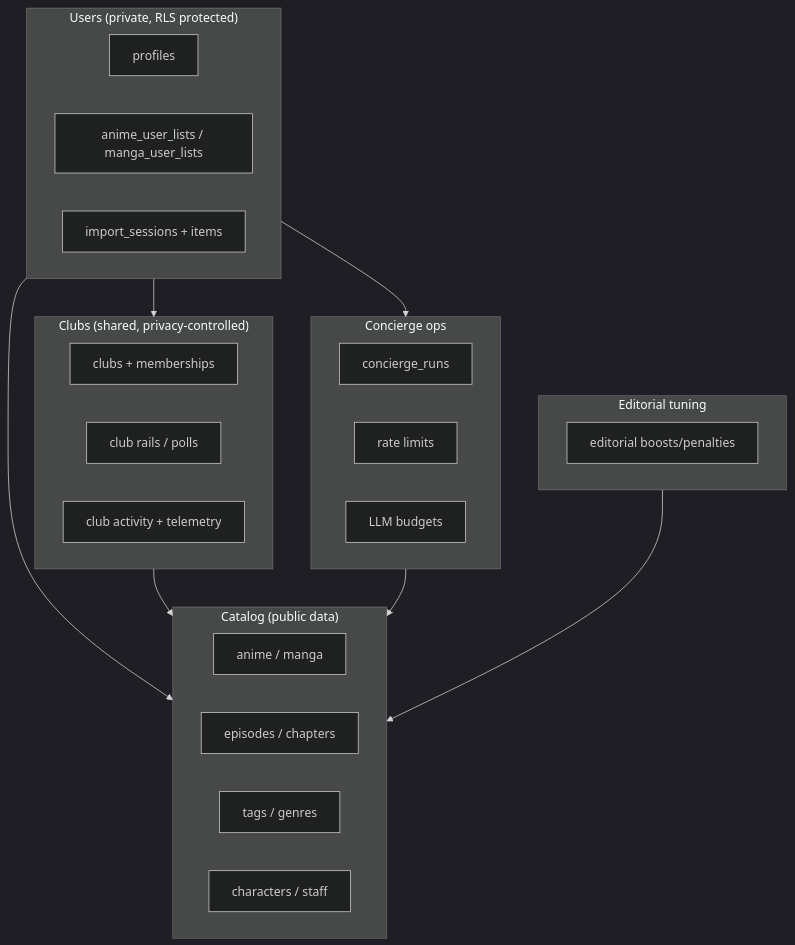
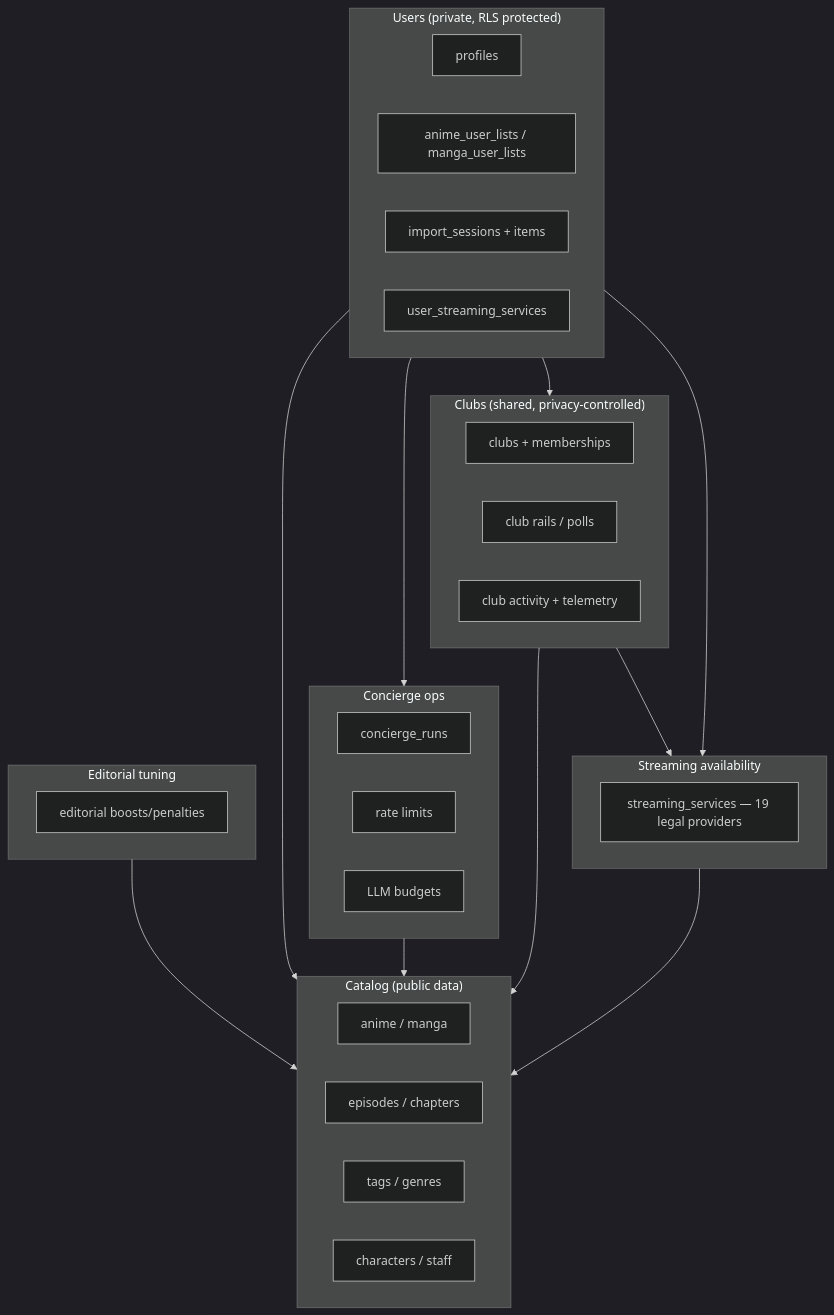
Before and after one commit to Humbl-club/Kuro-Anime-App: the fourth of 6 diagrams in CURRENT_APP_STATE_PLAIN.md, drawn with Mermaid (dark theme). The commit also changed other lines of this file and 10 other files, not shown here.

First line of the commit message:
feat: streaming availability v1 — service registry, filters, club shared providers

````diff
--- a/CURRENT_APP_STATE_PLAIN.md
+++ b/CURRENT_APP_STATE_PLAIN.md
@@ -296,38 +297,46 @@
 ```mermaid
 flowchart TB
   subgraph Catalog["Catalog (public data)"]
     A1[anime / manga]
     A2[episodes / chapters]
     A3[tags / genres]
     A4[characters / staff]
   end
 
   subgraph Users["Users (private, RLS protected)"]
     U1[profiles]
     U2[anime_user_lists / manga_user_lists]
     U3[import_sessions + items]
+    U4[user_streaming_services]
+  end
+
+  subgraph Streaming["Streaming availability"]
+    S1[streaming_services — 19 legal providers]
   end
 
   subgraph Clubs["Clubs (shared, privacy-controlled)"]
     CL1[clubs + memberships]
     CL2[club rails / polls]
     CL3[club activity + telemetry]
   end
 
   subgraph Concierge["Concierge ops"]
     C1[concierge_runs]
     C2[rate limits]
     C3[LLM budgets]
   end
 
   subgraph Editorial["Editorial tuning"]
     E1[editorial boosts/penalties]
   end
 
   Users --> Catalog
   Users --> Concierge
   Users --> Clubs
+  Users --> Streaming
   Clubs --> Catalog
+  Clubs --> Streaming
   Concierge --> Catalog
   Editorial --> Catalog
+  Streaming --> Catalog
 ```
````
